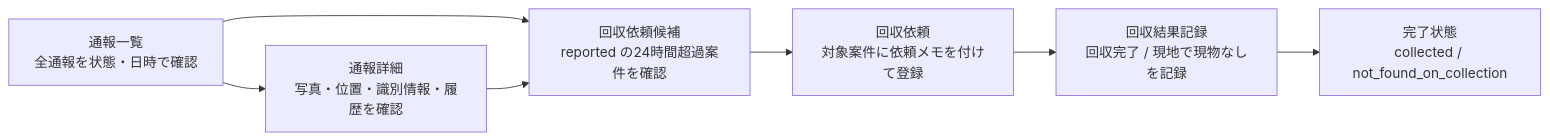
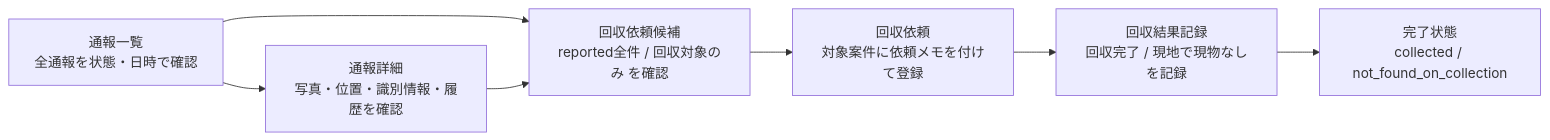
Before and after one commit to fjmrytfjsn/NO-Houchi-Bicycle-Net: the diagram in docs/ui/wireframes-admin-dashboard.md, drawn with Mermaid. The commit also changed other lines of this file and 16 other files, not shown here.

````diff
--- a/docs/ui/wireframes-admin-dashboard.md
+++ b/docs/ui/wireframes-admin-dashboard.md
@@ -45,9 +45,9 @@
 ```mermaid
 flowchart LR
   A["通報一覧<br>全通報を状態・日時で確認"] --> B["通報詳細<br>写真・位置・識別情報・履歴を確認"]
-  A --> C["回収依頼候補<br>reported の24時間超過案件を確認"]
+  A --> C["回収依頼候補<br>reported全件 / 回収対象のみ を確認"]
   C --> D["回収依頼<br>対象案件に依頼メモを付けて登録"]
   D --> E["回収結果記録<br>回収完了 / 現地で現物なしを記録"]
   E --> F["完了状態<br>collected / not_found_on_collection"]
   B --> C
 ```
````
